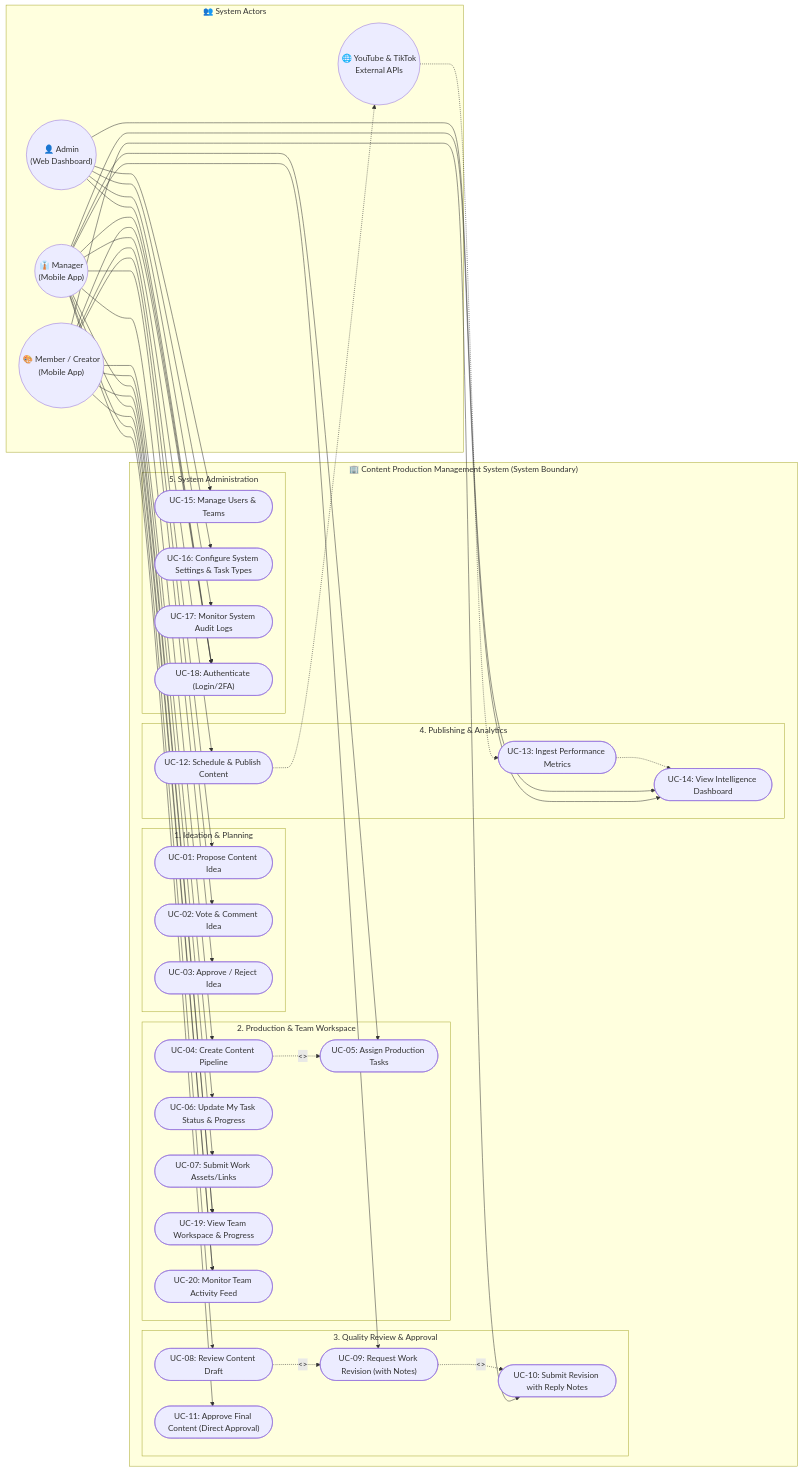
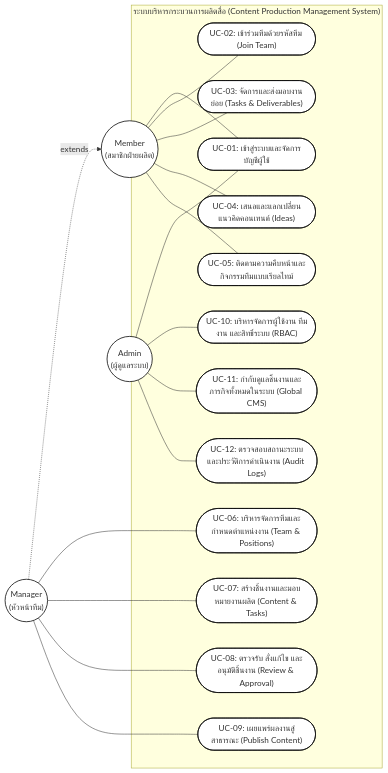
Before and after one commit to Starlight142/Content-Management-System: the diagram in docs/academic/01-Use-Case-Diagram.md, drawn with Mermaid. The commit also changed other lines of this file and 7 other files, not shown here.

Commit message:
docs: consolidate use case diagram to 3 actors (member, manager, admin) and 12 streamlined use cases

````diff
--- a/docs/academic/01-Use-Case-Diagram.md
+++ b/docs/academic/01-Use-Case-Diagram.md
@@ -40,93 +83,55 @@
 ```mermaid
 flowchart LR
-    %% Definition of Actors
-    subgraph Actors["👥 System Actors"]
-        Admin(("👤 Admin\n(Web Dashboard)"))
-        Manager(("👔 Manager\n(Mobile App)"))
-        Member(("🎨 Member / Creator\n(Mobile App)"))
-        PlatformAPI(("🌐 YouTube & TikTok\nExternal APIs"))
+    classDef actorStyle fill:#ffffff,stroke:#000000,stroke-width:1.5px;
+    classDef ucStyle fill:#ffffff,stroke:#000000,stroke-width:1.2px;
+    classDef boundaryStyle fill:none,stroke:#000000,stroke-width:2px;
+
+    subgraph Boundary ["ระบบบริหารกระบวนการผลิตสื่อ (Content Production Management System)"]
+        %% Common
+        UC01(["UC-01: เข้าสู่ระบบและจัดการบัญชีผู้ใช้"]):::ucStyle
+
+        %% Member Functions
+        UC02(["UC-02: เข้าร่วมทีมด้วยรหัสทีม (Join Team)"]):::ucStyle
+        UC03(["UC-03: จัดการและส่งมอบงานย่อย (Tasks & Deliverables)"]):::ucStyle
+        UC04(["UC-04: เสนอและแลกเปลี่ยนแนวคิดคอนเทนต์ (Ideas)"]):::ucStyle
+        UC05(["UC-05: ติดตามความคืบหน้าและกิจกรรมทีมแบบเรียลไทม์"]):::ucStyle
+
+        %% Manager Functions
+        UC06(["UC-06: บริหารจัดการทีมและกำหนดตำแหน่งงาน (Team & Positions)"]):::ucStyle
+        UC07(["UC-07: สร้างชิ้นงานและมอบหมายงานผลิต (Content & Tasks)"]):::ucStyle
+        UC08(["UC-08: ตรวจรับ สั่งแก้ไข และอนุมัติชิ้นงาน (Review & Approval)"]):::ucStyle
+        UC09(["UC-09: เผยแพร่ผลงานสู่สาธารณะ (Publish Content)"]):::ucStyle
+
+        %% Admin Functions
+        UC10(["UC-10: บริหารจัดการผู้ใช้งาน ทีมงาน และสิทธิ์ระบบ (RBAC)"]):::ucStyle
+        UC11(["UC-11: กำกับดูแลชิ้นงานและภารกิจทั้งหมดในระบบ (Global CMS)"]):::ucStyle
+        UC12(["UC-12: ตรวจสอบสถานะระบบและประวัติการดำเนินงาน (Audit Logs)"]):::ucStyle
     end
 
-    %% System Boundary
-    subgraph CMS["🏢 Content Production Management System (System Boundary)"]
-        %% Ideation Subsystem
-        subgraph Sub_Ideation["1. Ideation & Planning"]
-            UC_ProposeIdea(["UC-01: Propose Content Idea"])
-            UC_VoteIdea(["UC-02: Vote & Comment Idea"])
-            UC_ApproveIdea(["UC-03: Approve / Reject Idea"])
-        end
+    %% Actors
+    Member(("Member\n(สมาชิกฝ่ายผลิต)")):::actorStyle
+    Manager(("Manager\n(หัวหน้าทีม)")):::actorStyle
+    Admin(("Admin\n(ผู้ดูแลระบบ)")):::actorStyle
 
-        %% Production & Team Workspace Subsystem
-        subgraph Sub_Production["2. Production & Team Workspace"]
-            UC_CreateContent(["UC-04: Create Content Pipeline"])
-            UC_AssignTask(["UC-05: Assign Production Tasks"])
-            UC_UpdateTask(["UC-06: Update My Task Status & Progress"])
-            UC_SubmitDeliverable(["UC-07: Submit Work Assets/Links"])
-            UC_ViewTeamOverview(["UC-19: View Team Workspace & Progress"])
-            UC_MonitorTeamActivity(["UC-20: Monitor Team Activity Feed"])
-        end
+    %% Generalization: Manager extends Member
+    Manager -.->|extends| Member
 
-        %% Quality & Review Subsystem
-        subgraph Sub_Quality["3. Quality Review & Approval"]
-            UC_ReviewContent(["UC-08: Review Content Draft"])
-            UC_RequestRevision(["UC-09: Request Work Revision (with Notes)"])
-            UC_SubmitRevisionReply(["UC-10: Submit Revision with Reply Notes"])
-            UC_ApproveContent(["UC-11: Approve Final Content (Direct Approval)"])
-        end
+    %% Associations Member
+    Member --- UC01
+    Member --- UC02
+    Member --- UC03
+    Member --- UC04
+    Member --- UC05
 
-        %% Publishing & Analytics Subsystem
-        subgraph Sub_Publishing["4. Publishing & Analytics"]
-            UC_SchedulePublish(["UC-12: Schedule & Publish Content"])
-            UC_SyncMetrics(["UC-13: Ingest Performance Metrics"])
-            UC_ViewAnalytics(["UC-14: View Intelligence Dashboard"])
-        end
+    %% Associations Manager (Exclusive)
+    Manager --- UC06
+    Manager --- UC07
+    Manager --- UC08
+    Manager --- UC09
 
-        %% System Admin Subsystem
-        subgraph Sub_Admin["5. System Administration"]
-            UC_ManageUsers(["UC-15: Manage Users & Teams"])
-            UC_ConfigureSettings(["UC-16: Configure System Settings & Task Types"])
-            UC_ViewLogs(["UC-17: Monitor System Audit Logs"])
-            UC_Auth(["UC-18: Authenticate (Login/2FA)"])
-        end
-    end
-
-    %% Relationships - Member
-    Member --> UC_Auth
-    Member --> UC_ProposeIdea
-    Member --> UC_VoteIdea
-    Member --> UC_UpdateTask
-    Member --> UC_SubmitDeliverable
-    Member --> UC_SubmitRevisionReply
-    Member --> UC_ViewTeamOverview
-    Member --> UC_MonitorTeamActivity
-
-    %% Relationships - Manager
-    Manager --> UC_Auth
-    Manager --> UC_ApproveIdea
-    Manager --> UC_CreateContent
-    Manager --> UC_AssignTask
-    Manager --> UC_ReviewContent
-    Manager --> UC_RequestRevision
-    Manager --> UC_ApproveContent
-    Manager --> UC_SchedulePublish
-    Manager --> UC_ViewAnalytics
-    Manager --> UC_ViewTeamOverview
-    Manager --> UC_MonitorTeamActivity
-
-    %% Relationships - Admin
-    Admin --> UC_Auth
-    Admin --> UC_ManageUsers
-    Admin --> UC_ConfigureSettings
-    Admin --> UC_ViewLogs
-    Admin --> UC_ViewAnalytics
-
-    %% External Connections
-    UC_SchedulePublish -.-> PlatformAPI
-    PlatformAPI -.-> UC_SyncMetrics
-    UC_SyncMetrics -.-> UC_ViewAnalytics
-
-    %% Includes & Extends
-    UC_CreateContent -.->|<<includes>>| UC_AssignTask
-    UC_ReviewContent -.->|<<extends>>| UC_RequestRevision
-    UC_RequestRevision -.->|<<includes>>| UC_SubmitRevisionReply
+    %% Associations Admin
+    Admin --- UC01
+    Admin --- UC10
+    Admin --- UC11
+    Admin --- UC12
 ```
````
